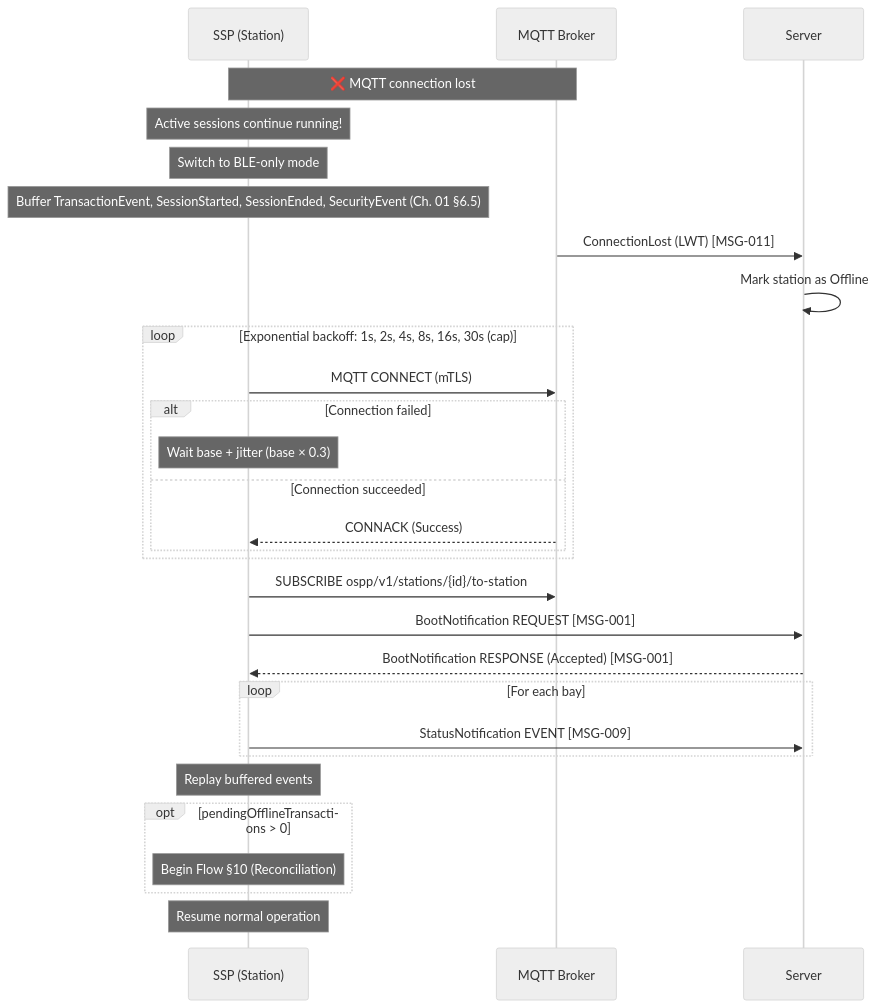
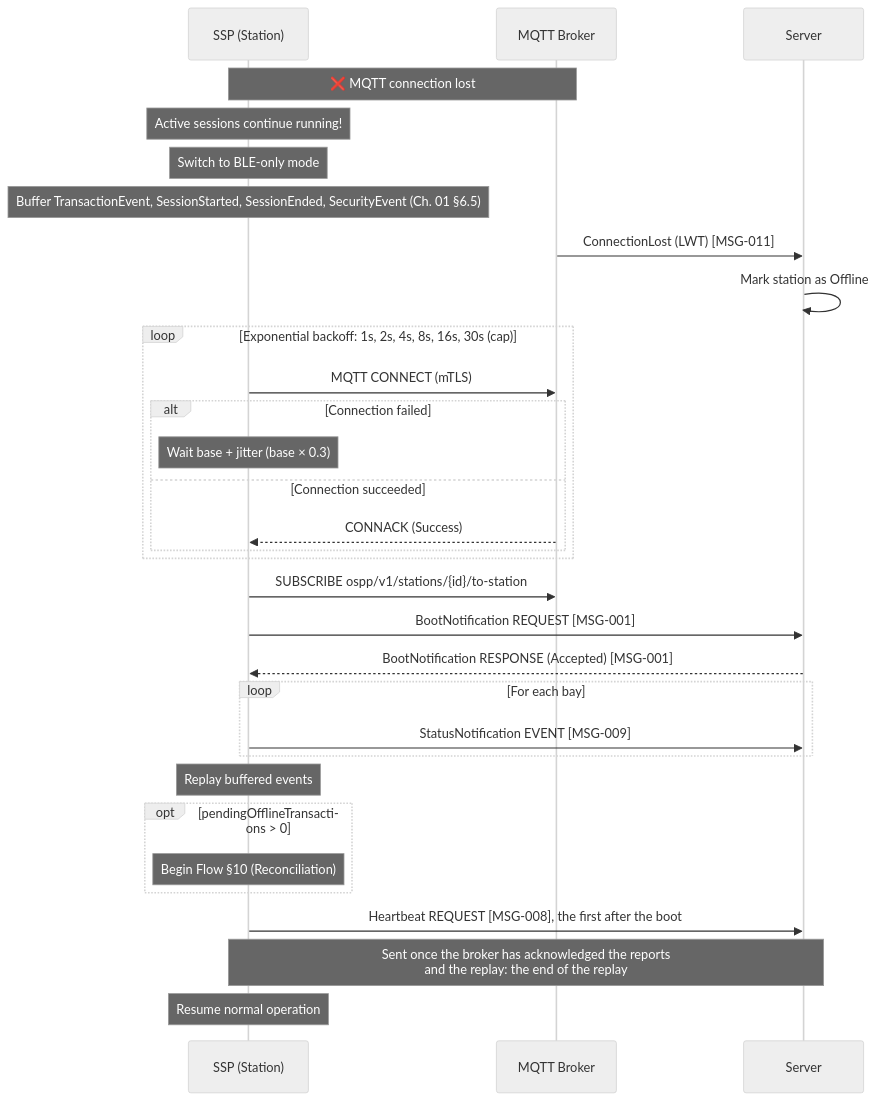
Before and after one commit to ospp-org/spec: diagram 11 of 19 in spec/04-flows.md, drawn with Mermaid (neutral theme). The commit also changed other lines of this file and 19 other files, not shown here.

````diff
--- a/spec/04-flows.md
+++ b/spec/04-flows.md
@@ -1368,40 +1369,43 @@
 ```mermaid
 sequenceDiagram
     participant SSP as SSP (Station)
     participant Broker as MQTT Broker
     participant Server
 
     Note over SSP,Broker: ❌ MQTT connection lost
 
     Note over SSP: Active sessions continue running!
     Note over SSP: Switch to BLE-only mode
     Note over SSP: Buffer TransactionEvent, SessionStarted, SessionEnded, SecurityEvent (Ch. 01 §6.5)
 
     Broker->>Server: ConnectionLost (LWT) [MSG-011]
     Server->>Server: Mark station as Offline
 
     loop Exponential backoff: 1s, 2s, 4s, 8s, 16s, 30s (cap)
         SSP->>Broker: MQTT CONNECT (mTLS)
         alt Connection failed
             Note over SSP: Wait base + jitter (base × 0.3)
         else Connection succeeded
             Broker-->>SSP: CONNACK (Success)
         end
     end
 
     SSP->>Broker: SUBSCRIBE ospp/v1/stations/{id}/to-station
     SSP->>Server: BootNotification REQUEST [MSG-001]
     Server-->>SSP: BootNotification RESPONSE (Accepted) [MSG-001]
 
     loop For each bay
         SSP->>Server: StatusNotification EVENT [MSG-009]
     end
 
     Note over SSP: Replay buffered events
 
     opt pendingOfflineTransactions > 0
         Note over SSP: Begin Flow §10 (Reconciliation)
     end
 
+    SSP->>Server: Heartbeat REQUEST [MSG-008], the first after the boot
+    Note over SSP,Server: Sent once the broker has acknowledged the reports<br/>and the replay: the end of the replay
+
     Note over SSP: Resume normal operation
 ```
````
